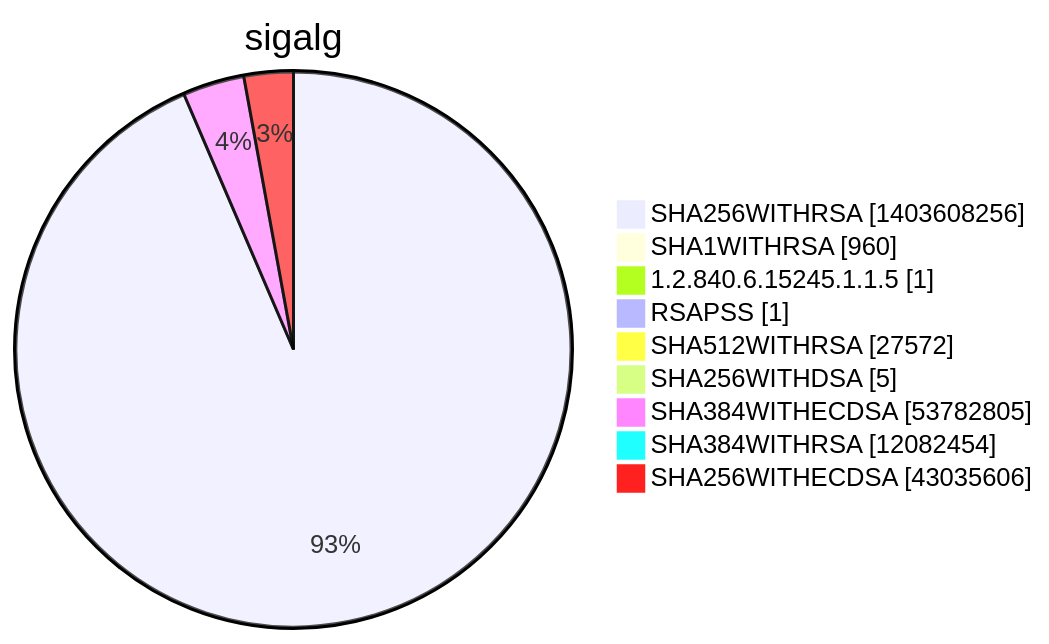
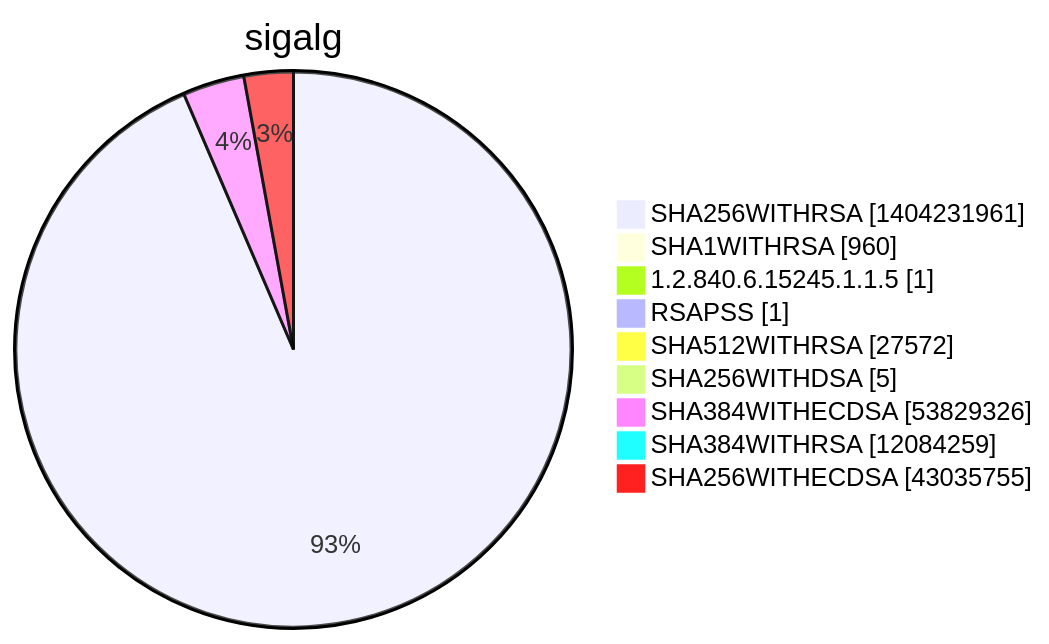
Before and after one commit to christiankrug/ctmonitor_visualization: diagram 15 of 15 in argon2022/README.md, drawn with Mermaid. The commit also changed other lines of this file, not shown here.

````diff
--- a/argon2022/README.md
+++ b/argon2022/README.md
@@ -5524,13 +5524,13 @@
 ```mermaid
 pie showData
 title sigalg
-"SHA256WITHRSA" :1403608256
+"SHA256WITHRSA" :1404231961
 "SHA1WITHRSA" :960
 "1.2.840.6.15245.1.1.5" :1
 "RSAPSS" :1
 "SHA512WITHRSA" :27572
 "SHA256WITHDSA" :5
-"SHA384WITHECDSA" :53782805
-"SHA384WITHRSA" :12082454
-"SHA256WITHECDSA" :43035606
+"SHA384WITHECDSA" :53829326
+"SHA384WITHRSA" :12084259
+"SHA256WITHECDSA" :43035755
 ```
````
